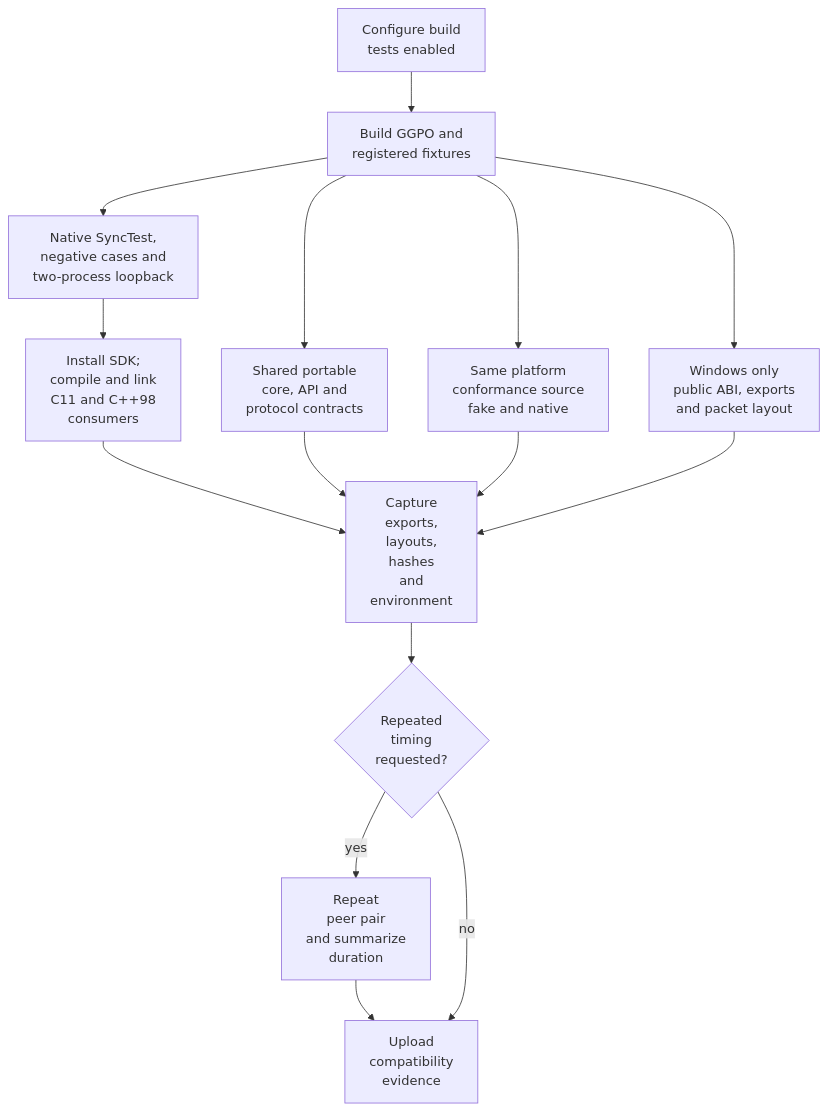
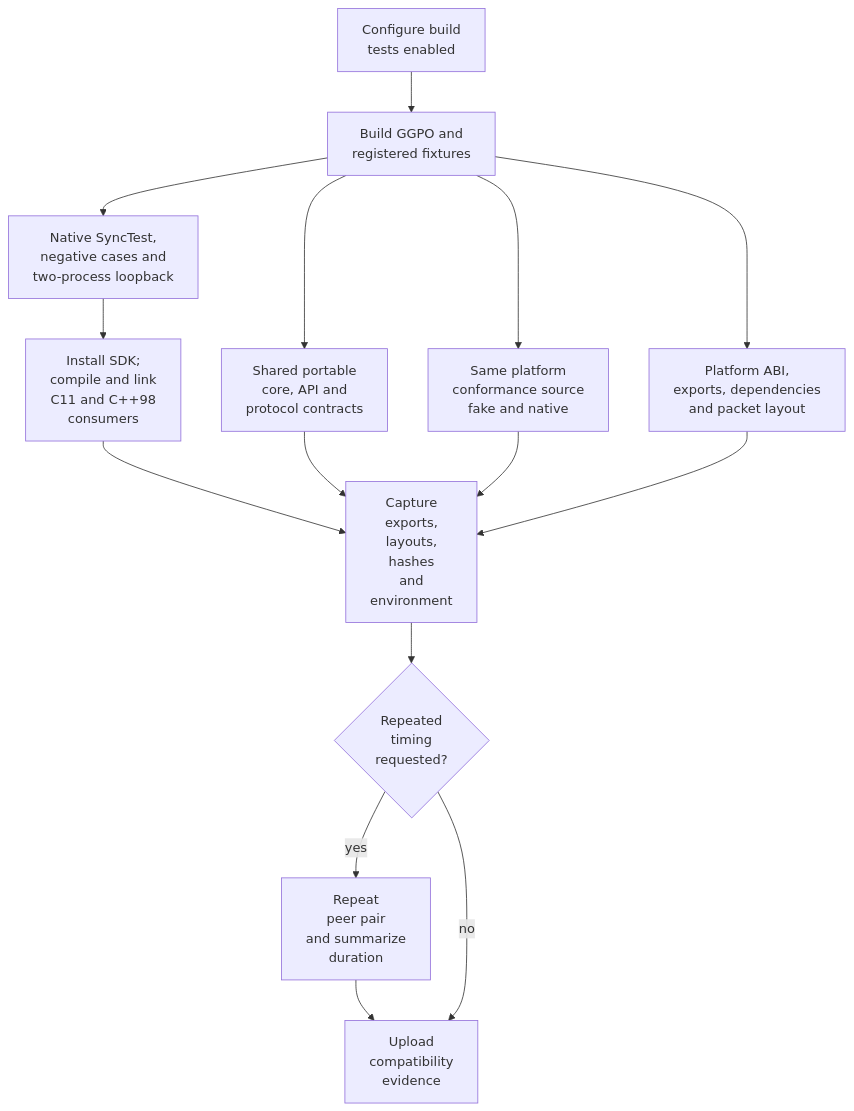
Before and after one commit to irregularthanis/ggpo-next: the first of 5 diagrams in doc/architecture/Testing.md, drawn with Mermaid. The commit also changed other lines of this file, not shown here.

Commit message:
docs: distinguish shared and platform test contracts

````diff
--- a/doc/architecture/Testing.md
+++ b/doc/architecture/Testing.md
@@ -98,27 +115,27 @@
 ```mermaid
 flowchart TD
     Configure["Configure build<br/>tests enabled"]
     Build["Build GGPO and<br/>registered fixtures"]
     Portable["Shared portable<br/>core, API and<br/>protocol contracts"]
     Conformance["Same platform<br/>conformance source<br/>fake and native"]
     Native["Native SyncTest,<br/>negative cases and<br/>two-process loopback"]
-    Layout["Windows only<br/>public ABI, exports<br/>and packet layout"]
+    Layout["Platform ABI,<br/>exports, dependencies<br/>and packet layout"]
     Consumers["Install SDK;<br/>compile and link<br/>C11 and C++98<br/>consumers"]
     Capture["Capture<br/>exports,<br/>layouts,<br/>hashes<br/>and<br/>environment"]
     Noise{"Repeated<br/>timing<br/>requested?"}
     Repeat["Repeat<br/>peer pair<br/>and summarize<br/>duration"]
     Evidence["Upload<br/>compatibility<br/>evidence"]
 
     Configure --> Build
     Build --> Portable
     Build --> Conformance
     Build --> Native
     Build --> Layout
     Native --> Consumers --> Capture
     Portable --> Capture
     Conformance --> Capture
     Layout --> Capture
     Capture --> Noise
     Noise -->|"yes"| Repeat --> Evidence
     Noise -->|"no"| Evidence
 ```
````
